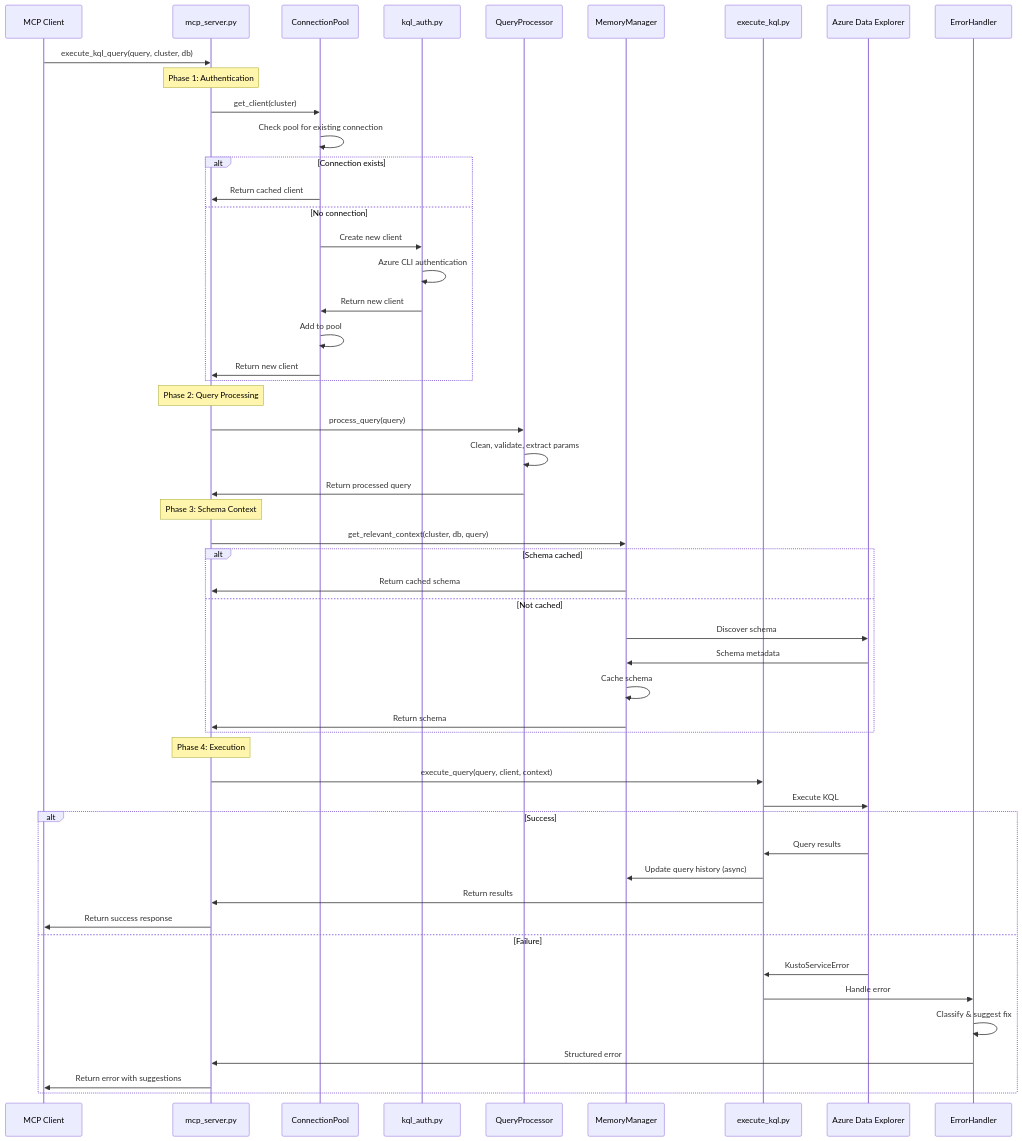
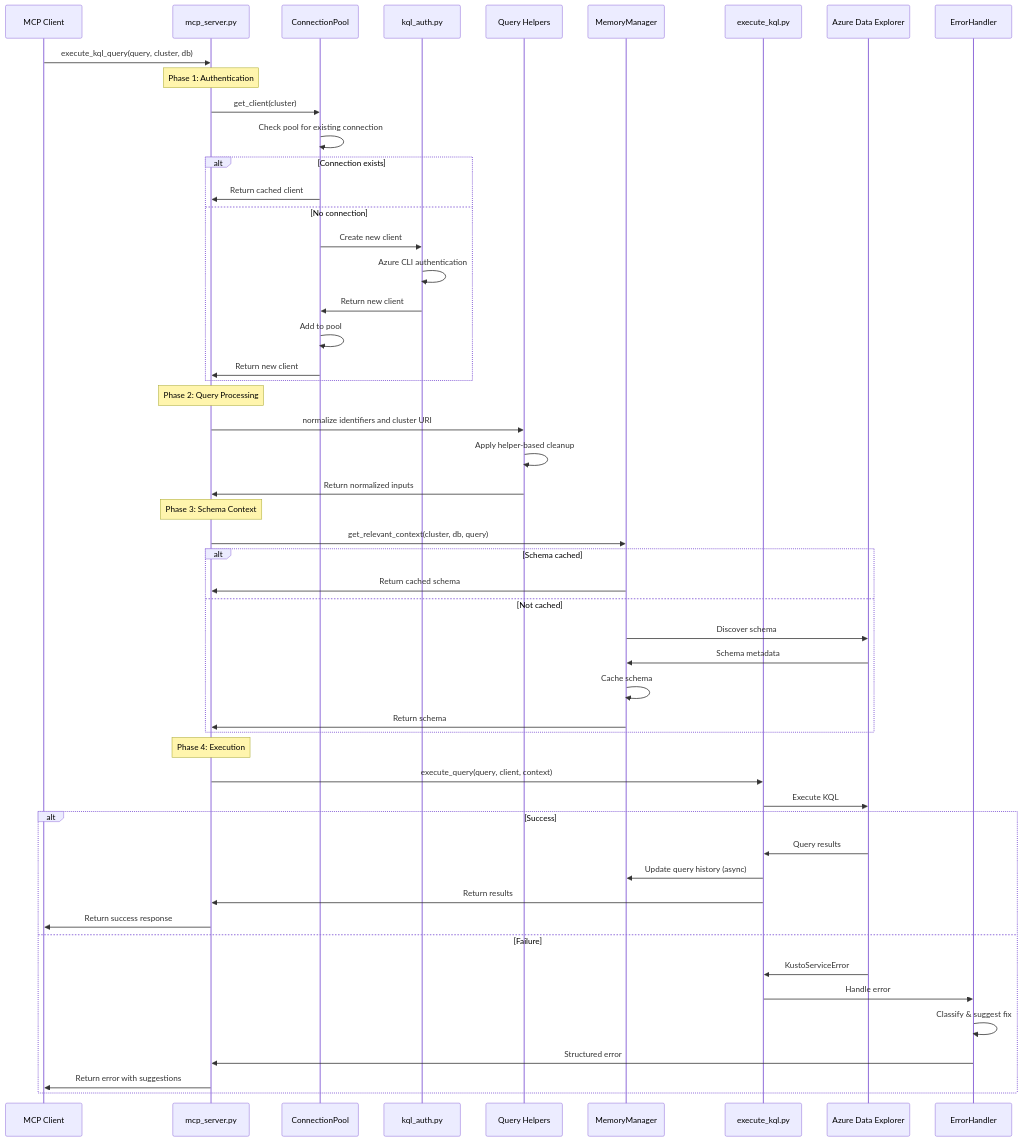
One commit to 4R9UN/mcp-kql-server changed the first of 5 diagrams in docs/architecture.md. Above: the diagram before and after it, drawn with Mermaid. The commit also changed other lines of this file and 29 other files, not shown here.

````diff
--- a/docs/architecture.md
+++ b/docs/architecture.md
@@ -192,60 +196,60 @@
 ```mermaid
 sequenceDiagram
     participant Client as MCP Client
     participant Server as mcp_server.py
     participant Pool as ConnectionPool
     participant Auth as kql_auth.py
-    participant Processor as QueryProcessor
+    participant Processor as Query Helpers
     participant Memory as MemoryManager
     participant Executor as execute_kql.py
     participant Azure as Azure Data Explorer
     participant Error as ErrorHandler
 
     Client->>Server: execute_kql_query(query, cluster, db)
     
     Note over Server: Phase 1: Authentication
     Server->>Pool: get_client(cluster)
     Pool->>Pool: Check pool for existing connection
     alt Connection exists
         Pool->>Server: Return cached client
     else No connection
         Pool->>Auth: Create new client
         Auth->>Auth: Azure CLI authentication
         Auth->>Pool: Return new client
         Pool->>Pool: Add to pool
         Pool->>Server: Return new client
     end
     
     Note over Server: Phase 2: Query Processing
-    Server->>Processor: process_query(query)
-    Processor->>Processor: Clean, validate, extract params
-    Processor->>Server: Return processed query
+    Server->>Processor: normalize identifiers and cluster URI
+    Processor->>Processor: Apply helper-based cleanup
+    Processor->>Server: Return normalized inputs
     
     Note over Server: Phase 3: Schema Context
     Server->>Memory: get_relevant_context(cluster, db, query)
     alt Schema cached
         Memory->>Server: Return cached schema
     else Not cached
         Memory->>Azure: Discover schema
         Azure->>Memory: Schema metadata
         Memory->>Memory: Cache schema
         Memory->>Server: Return schema
     end
     
     Note over Server: Phase 4: Execution
     Server->>Executor: execute_query(query, client, context)
     Executor->>Azure: Execute KQL
     
     alt Success
         Azure->>Executor: Query results
         Executor->>Memory: Update query history (async)
         Executor->>Server: Return results
         Server->>Client: Return success response
     else Failure
         Azure->>Executor: KustoServiceError
         Executor->>Error: Handle error
         Error->>Error: Classify & suggest fix
         Error->>Server: Structured error
         Server->>Client: Return error with suggestions
     end
 ```
````
